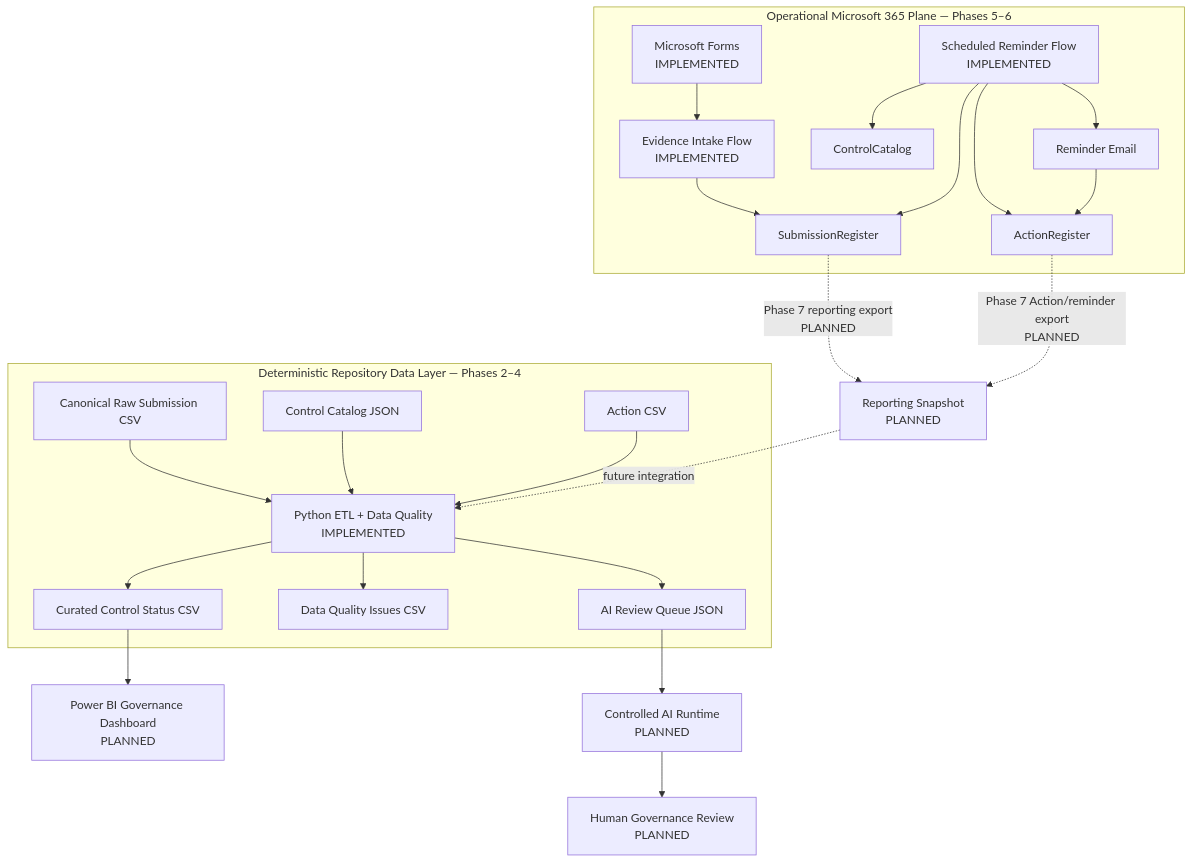
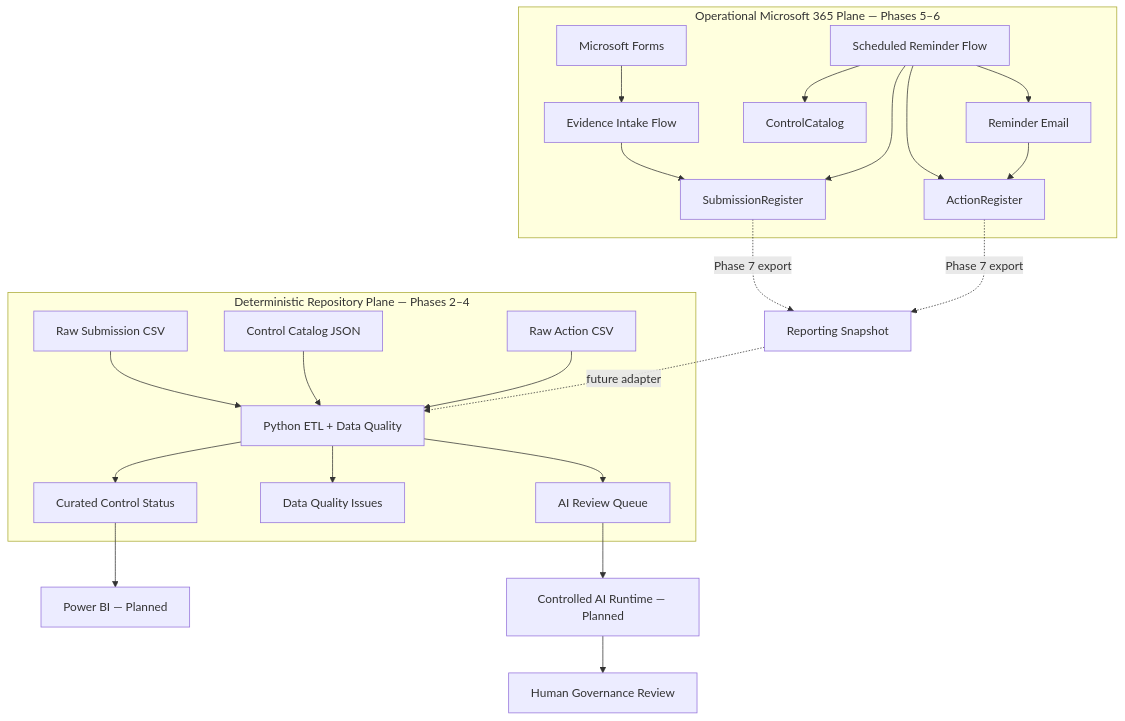
Before and after one commit to gw-ai-security/cyber-governance-automation-lab: the diagram in README.md, drawn with Mermaid. The commit also changed other lines of this file, not shown here.

Commit message:
docs: align README with current Phase 6 state

````diff
--- a/README.md
+++ b/README.md
@@ -99,29 +98,29 @@
 ```mermaid
 flowchart TD
     subgraph OP[Operational Microsoft 365 Plane — Phases 5–6]
-        A[Microsoft Forms<br/>IMPLEMENTED] --> B[Evidence Intake Flow<br/>IMPLEMENTED]
+        A[Microsoft Forms] --> B[Evidence Intake Flow]
         B --> C[SubmissionRegister]
-        D[Scheduled Reminder Flow<br/>IMPLEMENTED] --> C
+        D[Scheduled Reminder Flow] --> C
         D --> E[ControlCatalog]
         D --> F[ActionRegister]
         D --> G[Reminder Email]
         G --> F
     end
 
-    subgraph REPO[Deterministic Repository Data Layer — Phases 2–4]
-        H[Canonical Raw Submission CSV] --> K[Python ETL + Data Quality<br/>IMPLEMENTED]
+    subgraph REPO[Deterministic Repository Plane — Phases 2–4]
+        H[Raw Submission CSV] --> K[Python ETL + Data Quality]
         I[Control Catalog JSON] --> K
-        J[Action CSV] --> K
-        K --> L[Curated Control Status CSV]
-        K --> M[Data Quality Issues CSV]
-        K --> N[AI Review Queue JSON]
+        J[Raw Action CSV] --> K
+        K --> L[Curated Control Status]
+        K --> M[Data Quality Issues]
+        K --> N[AI Review Queue]
     end
 
-    C -. Phase 7 reporting export<br/>PLANNED .-> S[Reporting Snapshot<br/>PLANNED]
-    F -. Phase 7 Action/reminder export<br/>PLANNED .-> S
-    S -. future integration .-> K
+    C -. Phase 7 export .-> S[Reporting Snapshot]
+    F -. Phase 7 export .-> S
+    S -. future adapter .-> K
 
-    L --> P[Power BI Governance Dashboard<br/>PLANNED]
-    N --> Q[Controlled AI Runtime<br/>PLANNED]
-    Q --> R[Human Governance Review<br/>PLANNED]
+    L --> P[Power BI — Planned]
+    N --> Q[Controlled AI Runtime — Planned]
+    Q --> R[Human Governance Review]
 ```
````
